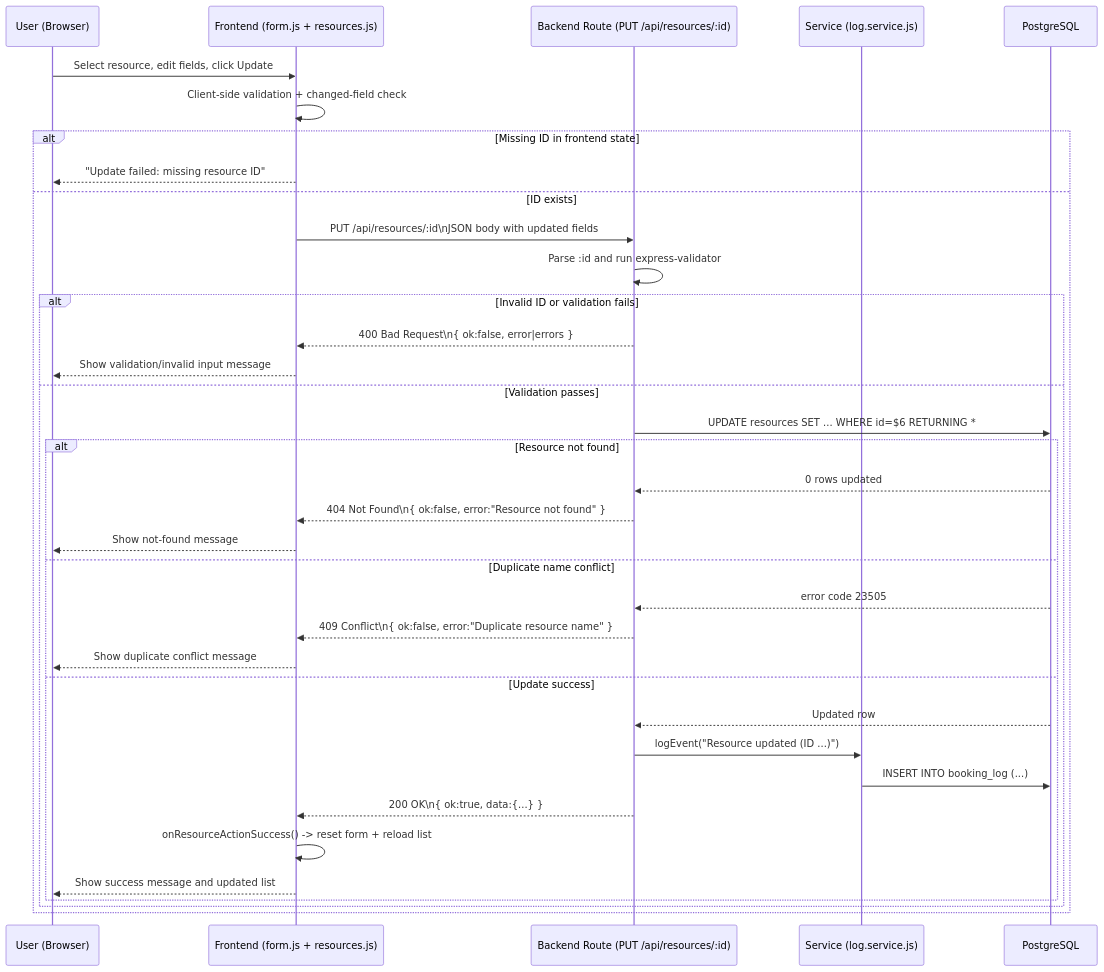
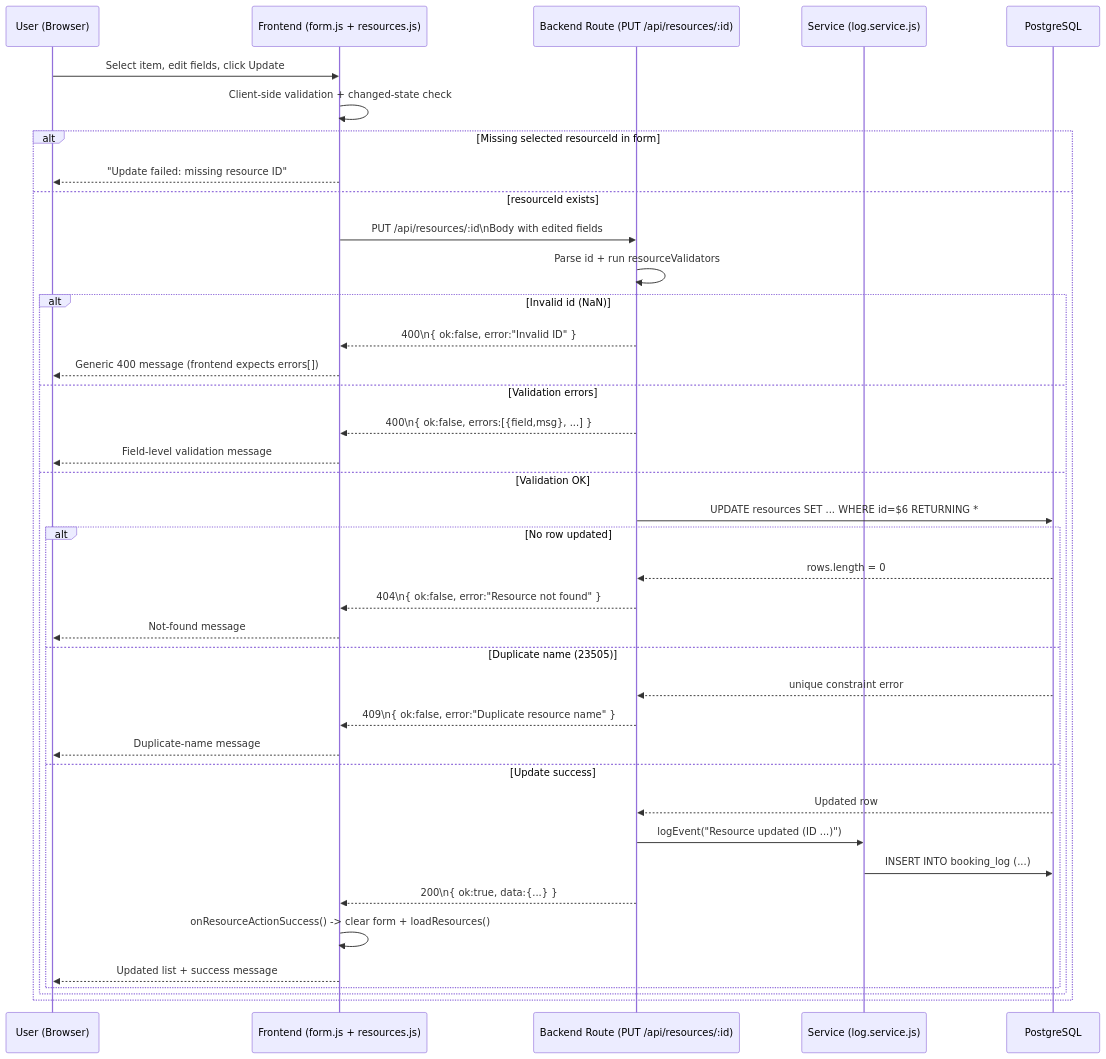
The third of 4 diagrams in Booking system/Phase6/G1_CRUD_DataFlow.md (NurAhammadNiloy/Advanced-web-development), drawn with Mermaid before and after one commit. The commit also changed other lines of this file and 1 other file, not shown here.

Commit message:
Refine CRUD data flow docs for accuracy and precision

````diff
--- a/Booking system/Phase6/G1_CRUD_DataFlow.md
+++ b/Booking system/Phase6/G1_CRUD_DataFlow.md
@@ -81,42 +81,45 @@
 ```mermaid
 sequenceDiagram
     participant U as User (Browser)
     participant F as Frontend (form.js + resources.js)
     participant B as Backend Route (PUT /api/resources/:id)
     participant S as Service (log.service.js)
     participant DB as PostgreSQL
 
-    U->>F: Select resource, edit fields, click Update
-    F->>F: Client-side validation + changed-field check
+    U->>F: Select item, edit fields, click Update
+    F->>F: Client-side validation + changed-state check
 
-    alt Missing ID in frontend state
+    alt Missing selected resourceId in form
         F-->>U: "Update failed: missing resource ID"
-    else ID exists
-        F->>B: PUT /api/resources/:id\nJSON body with updated fields
-        B->>B: Parse :id and run express-validator
+    else resourceId exists
+        F->>B: PUT /api/resources/:id\nBody with edited fields
+        B->>B: Parse id + run resourceValidators
 
-        alt Invalid ID or validation fails
-            B-->>F: 400 Bad Request\n{ ok:false, error|errors }
-            F-->>U: Show validation/invalid input message
-        else Validation passes
+        alt Invalid id (NaN)
+            B-->>F: 400\n{ ok:false, error:"Invalid ID" }
+            F-->>U: Generic 400 message (frontend expects errors[])
+        else Validation errors
+            B-->>F: 400\n{ ok:false, errors:[{field,msg}, ...] }
+            F-->>U: Field-level validation message
+        else Validation OK
             B->>DB: UPDATE resources SET ... WHERE id=$6 RETURNING *
 
-            alt Resource not found
-                DB-->>B: 0 rows updated
-                B-->>F: 404 Not Found\n{ ok:false, error:"Resource not found" }
-                F-->>U: Show not-found message
-            else Duplicate name conflict
-                DB-->>B: error code 23505
-                B-->>F: 409 Conflict\n{ ok:false, error:"Duplicate resource name" }
-                F-->>U: Show duplicate conflict message
+            alt No row updated
+                DB-->>B: rows.length = 0
+                B-->>F: 404\n{ ok:false, error:"Resource not found" }
+                F-->>U: Not-found message
+            else Duplicate name (23505)
+                DB-->>B: unique constraint error
+                B-->>F: 409\n{ ok:false, error:"Duplicate resource name" }
+                F-->>U: Duplicate-name message
             else Update success
                 DB-->>B: Updated row
                 B->>S: logEvent("Resource updated (ID ...)")
                 S->>DB: INSERT INTO booking_log (...)
-                B-->>F: 200 OK\n{ ok:true, data:{...} }
-                F->>F: onResourceActionSuccess() -> reset form + reload list
-                F-->>U: Show success message and updated list
+                B-->>F: 200\n{ ok:true, data:{...} }
+                F->>F: onResourceActionSuccess() -> clear form + loadResources()
+                F-->>U: Updated list + success message
             end
         end
     end
 ```
````
